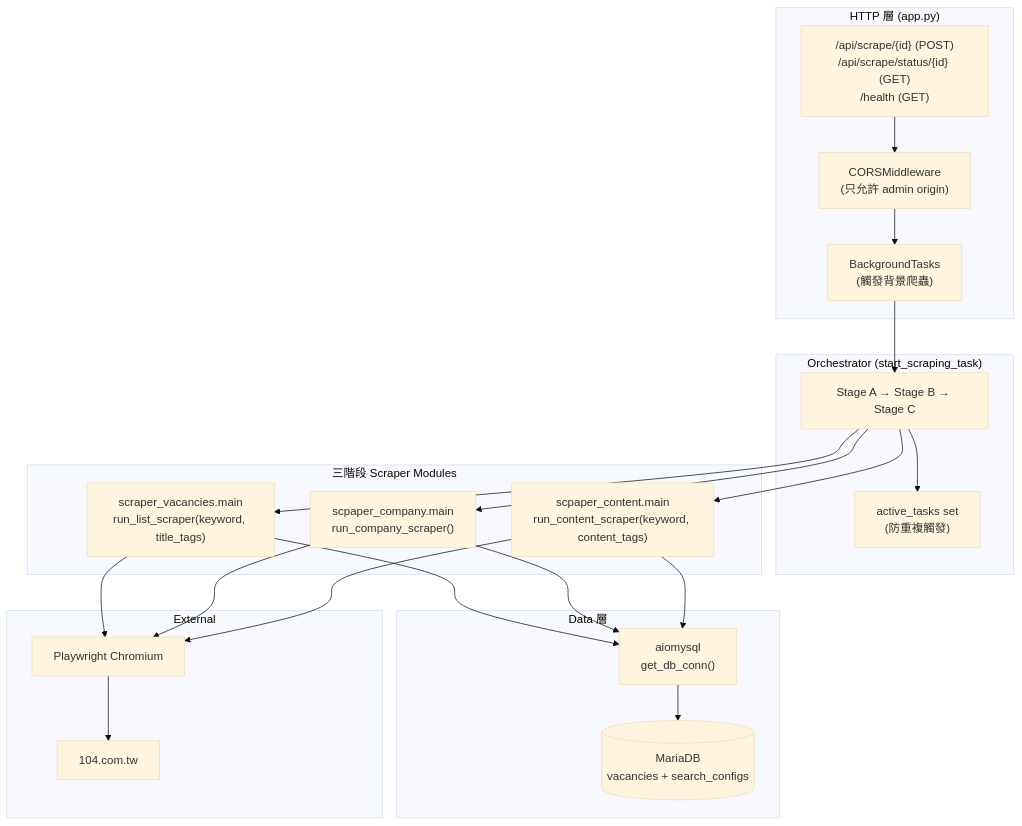
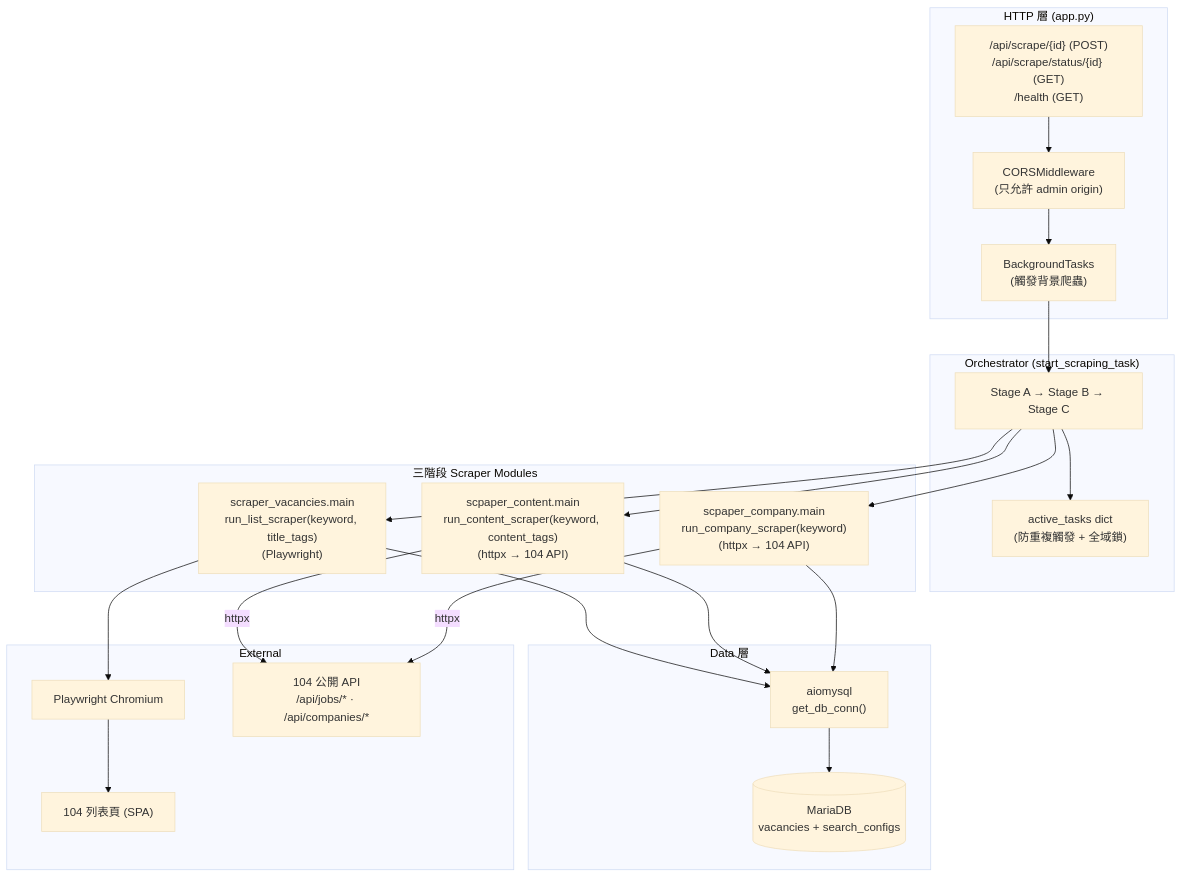
The second of 4 diagrams in docs/architecture.md (jacky0996/job_digger), drawn with Mermaid (base theme) before and after one commit. The commit also changed other lines of this file and 14 other files, not shown here.

````diff
--- a/docs/architecture.md
+++ b/docs/architecture.md
@@ -59,45 +61,46 @@
 ```mermaid
 flowchart TB
     subgraph http["HTTP 層 (app.py)"]
         endpoints["/api/scrape/{id} (POST)<br/>/api/scrape/status/{id} (GET)<br/>/health (GET)"]
         cors["CORSMiddleware<br/>(只允許 admin origin)"]
         bg_tasks["BackgroundTasks<br/>(觸發背景爬蟲)"]
     end
 
     subgraph orchestrator["Orchestrator (start_scraping_task)"]
-        active["active_tasks set<br/>(防重複觸發)"]
+        active["active_tasks dict<br/>(防重複觸發 + 全域鎖)"]
         sequence["Stage A → Stage B → Stage C"]
     end
 
     subgraph stages["三階段 Scraper Modules"]
-        stage_a["scraper_vacancies.main<br/>run_list_scraper(keyword, title_tags)"]
-        stage_c["scpaper_content.main<br/>run_content_scraper(keyword, content_tags)"]
-        stage_b["scpaper_company.main<br/>run_company_scraper()"]
+        stage_a["scraper_vacancies.main<br/>run_list_scraper(keyword, title_tags)<br/>(Playwright)"]
+        stage_b["scpaper_content.main<br/>run_content_scraper(keyword, content_tags)<br/>(httpx → 104 API)"]
+        stage_c["scpaper_company.main<br/>run_company_scraper(keyword)<br/>(httpx → 104 API)"]
     end
 
     subgraph data["Data 層"]
         db_conn["aiomysql<br/>get_db_conn()"]
         db[("MariaDB<br/>vacancies + search_configs")]
         db_conn --> db
     end
 
     subgraph external["External"]
         chromium["Playwright Chromium"]
-        site104["104.com.tw"]
-        chromium --> site104
+        site104_page["104 列表頁 (SPA)"]
+        site104_api["104 公開 API<br/>/api/jobs/* · /api/companies/*"]
+        chromium --> site104_page
     end
 
     endpoints --> cors --> bg_tasks --> sequence
     sequence --> active
     sequence --> stage_a
+    sequence --> stage_b
     sequence --> stage_c
-    sequence --> stage_b
 
     stage_a --> chromium
-    stage_b --> chromium
-    stage_c --> chromium
+    stage_b -- "httpx" --> site104_api
+    stage_c -- "httpx" --> site104_api
 
     stage_a --> db_conn
     stage_b --> db_conn
     stage_c --> db_conn
 ```
````
